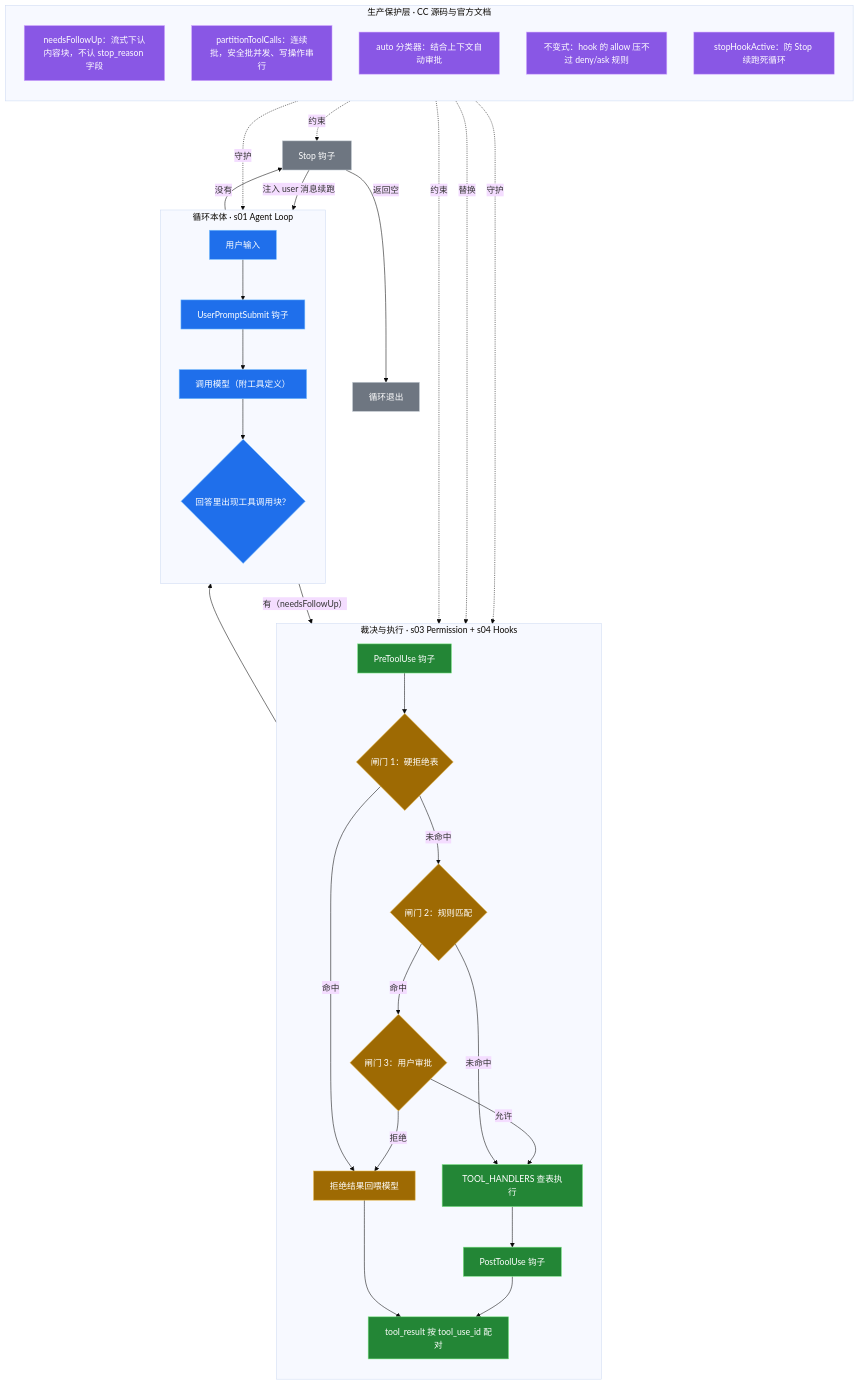
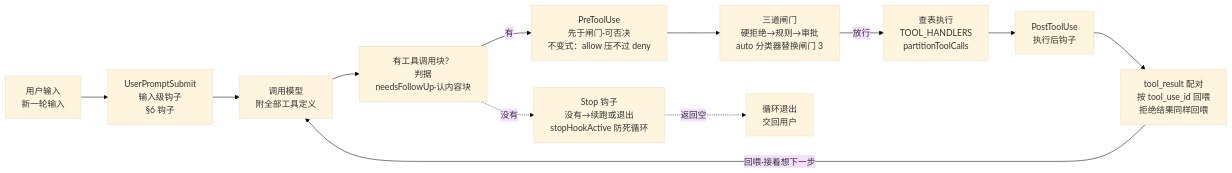
One commit to ThreeFish-AI/negentropy changed the diagram in docs/assets/mermaid/agent-harness/lcc-tooling--panorama.mmd. Above: the diagram before and after it, drawn with Mermaid (base theme). The commit also changed 146 other files, not shown here.

First line of the commit message:
171 工具与执行 guided-learn 精读轮收尾 + ep1 v1 重制史实入库：合并主干 #1189 换代（171 主体让位），保留工程登记与补充资产 (#1183)

```diff
--- a/docs/assets/mermaid/agent-harness/lcc-tooling--panorama.mmd
+++ b/docs/assets/mermaid/agent-harness/lcc-tooling--panorama.mmd
@@ -1,57 +1,17 @@
-%% source: docs/research/agent-harness/171-claude-code-tooling-execution.md（§2 全貌解剖）
+%% source: docs/research/agent-harness/171-claude-code-tooling-execution.md（§6 末 终态全景）
 %% slug: lcc-tooling--panorama
 %% type: architecture
-%% derived: 首次绘制（2026-10-07，guided-learn 首次精读）
-flowchart TD
-    subgraph LOOP["循环本体 · s01 Agent Loop"]
-        direction TB
-        P["用户输入"] --> UPS["UserPromptSubmit 钩子"]
-        UPS --> LLM["调用模型（附工具定义）"]
-        LLM --> CRIT{"回答里出现工具调用块？"}
-    end
-
-    subgraph SAFE["裁决与执行 · s03 Permission + s04 Hooks"]
-        direction TB
-        CRIT -- "有（needsFollowUp）" --> PRE["PreToolUse 钩子"]
-        PRE --> G1{"闸门 1：硬拒绝表"}
-        G1 -- "命中" --> DENY["拒绝结果回喂模型"]
-        G1 -- "未命中" --> G2{"闸门 2：规则匹配"}
-        G2 -- "未命中" --> RUN["TOOL_HANDLERS 查表执行"]
-        G2 -- "命中" --> G3{"闸门 3：用户审批"}
-        G3 -- "拒绝" --> DENY
-        G3 -- "允许" --> RUN
-        RUN --> POST["PostToolUse 钩子"]
-        DENY --> TR
-        POST --> TR["tool_result 按 tool_use_id 配对"]
-    end
-
-    TR --> LLM
-    CRIT -- "没有" --> STOP["Stop 钩子"]
-    STOP -- "注入 user 消息续跑" --> LLM
-    STOP -- "返回空" --> DONE["循环退出"]
-
-    subgraph PROD["生产保护层 · CC 源码与官方文档"]
-        direction TB
-        NF["needsFollowUp：流式下认内容块，不认 stop_reason 字段"]
-        PT["partitionToolCalls：连续批，安全批并发、写操作串行"]
-        CLS["auto 分类器：结合上下文自动审批"]
-        INV["不变式：hook 的 allow 压不过 deny/ask 规则"]
-        SHA["stopHookActive：防 Stop 续跑死循环"]
-    end
-
-    NF -.守护.-> CRIT
-    PT -.守护.-> RUN
-    CLS -.替换.-> G3
-    INV -.约束.-> PRE
-    SHA -.约束.-> STOP
-
-    classDef loopnode fill:#1f6feb,stroke:#79c0ff,color:#ffffff
-    classDef safenode fill:#238636,stroke:#7ee787,color:#ffffff
-    classDef gatenode fill:#9e6a03,stroke:#e3b341,color:#ffffff
-    classDef prodnode fill:#8957e5,stroke:#d2a8ff,color:#ffffff
-    classDef endnode fill:#6e7681,stroke:#c9d1d9,color:#ffffff
-    class P,UPS,LLM,CRIT loopnode
-    class PRE,POST,TR,RUN safenode
-    class G1,G2,G3,DENY gatenode
-    class STOP,DONE endnode
-    class NF,PT,CLS,INV,SHA prodnode
+%% derived: 首次绘制（2026-10-07）；2026-10-10 评审改造——主循环一圈走到底（主干串联），生产保护层由独立子图改为节点徽标（不添加子节点）；2026-10-12 视觉优化轮——五图统一顺时针回环网格（上排决策、中排裁决、下排执行回喂，回喂边为 c2 单竖线），节点/边/文案与前版逐字一致
+%% grid: llm=(r0,c2) crit=(r0,c3) pre=(r1,c3) g123=(r1,c4) run=(r1,c5) post=(r2,c5) tr=(r2,c2)；槽位跨级不变，详见 docs/diagrams/lcc-tooling--panorama/lcc-tooling--panorama.json
+flowchart LR
+    ASK["用户输入<br/>新一轮输入"] --> UPS["UserPromptSubmit<br/>输入级钩子<br/>§6 钩子"]
+    UPS --> LLM["调用模型<br/>附全部工具定义"]
+    LLM --> CRIT["有工具调用块？<br/>判据<br/>needsFollowUp·认内容块"]
+    CRIT -- "有" --> PRE["PreToolUse<br/>先于闸门·可否决<br/>不变式：allow 压不过 deny"]
+    PRE --> G["三道闸门<br/>硬拒绝→规则→审批<br/>auto 分类器替换闸门 3"]
+    G -- "放行" --> RUN["查表执行<br/>TOOL_HANDLERS<br/>partitionToolCalls"]
+    RUN --> POST["PostToolUse<br/>执行后钩子"]
+    POST --> TR["tool_result 配对<br/>按 tool_use_id 回喂<br/>拒绝结果同样回喂"]
+    TR -- "回喂·接着想下一步" --> LLM
+    CRIT -. "没有" .-> STOP["Stop 钩子<br/>没有→续跑或退出<br/>stopHookActive 防死循环"]
+    STOP -. "返回空" .-> DONE["循环退出<br/>交回用户"]
```
